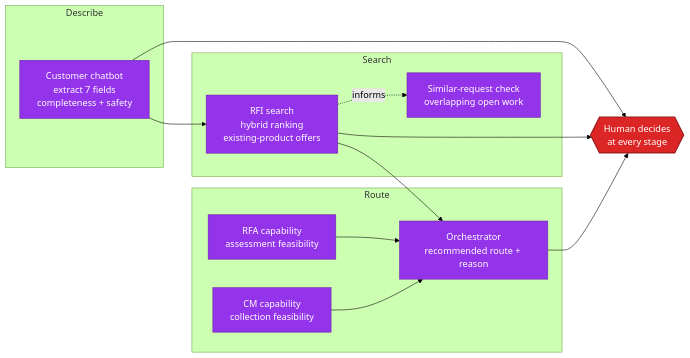
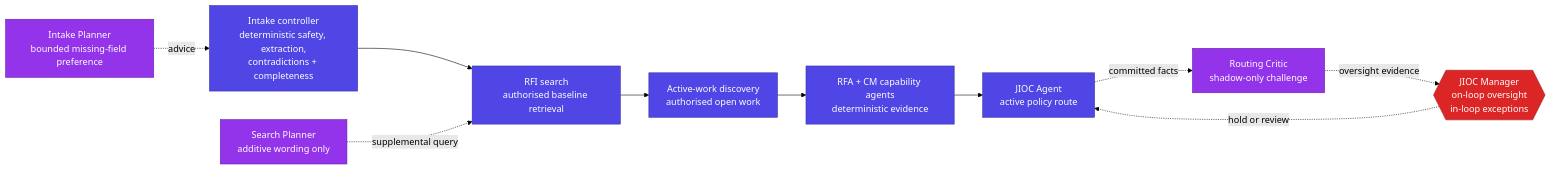
One commit to ShabalalaWATP/Coeus changed the third of 3 diagrams in docs/ARCHITECTURE_WORKFLOW.md. Above: the diagram before and after it, drawn with Mermaid (forest theme). The commit also changed other lines of this file and 554 other files, not shown here.

````diff
--- a/docs/ARCHITECTURE_WORKFLOW.md
+++ b/docs/ARCHITECTURE_WORKFLOW.md
@@ -119,30 +143,24 @@
 ```mermaid
 flowchart LR
-    subgraph stage1["Describe"]
-        CB["Customer chatbot<br/>extract 7 fields<br/>completeness + safety"]
-    end
-    subgraph stage2["Search"]
-        RFI["RFI search<br/>hybrid ranking<br/>existing-product offers"]
-        SIM["Similar-request check<br/>overlapping open work"]
-    end
-    subgraph stage3["Route"]
-        RFACAP["RFA capability<br/>assessment feasibility"]
-        CMCAP["CM capability<br/>collection feasibility"]
-        ORCH["Orchestrator<br/>recommended route + reason"]
-    end
+    IN["Intake controller<br/>deterministic safety, extraction,<br/>contradictions + completeness"]
+    IP["Intake Planner<br/>bounded missing-field preference"]
+    RFI["RFI search<br/>authorised baseline retrieval"]
+    SP["Search Planner<br/>additive wording only"]
+    AW["Active-work discovery<br/>authorised open work"]
+    CAP["RFA + CM capability agents<br/>deterministic evidence"]
+    JIOC["JIOC Agent<br/>active policy route"]
+    CRIT["Routing Critic<br/>shadow-only challenge"]
+    JM{{"JIOC Manager<br/>on-loop oversight<br/>in-loop exceptions"}}
 
-    CB --> RFI --> ORCH
-    RFI -. informs .-> SIM
-    RFACAP --> ORCH
-    CMCAP --> ORCH
+    IP -. advice .-> IN --> RFI
+    SP -. supplemental query .-> RFI --> AW --> CAP --> JIOC
+    JIOC -. committed facts .-> CRIT -. oversight evidence .-> JM
+    JM -. hold or review .-> JIOC
 
-    HUMAN{{"Human decides<br/>at every stage"}}
-    CB --> HUMAN
-    RFI --> HUMAN
-    ORCH --> HUMAN
-
-    classDef ai fill:#9333ea,stroke:#6b21a8,color:#fff,stroke-width:1px
-    classDef human fill:#dc2626,stroke:#991b1b,color:#fff,stroke-width:2px
-    class CB,RFI,SIM,RFACAP,CMCAP,ORCH ai
-    class HUMAN human
+    classDef det fill:#4f46e5,stroke:#3730a3,color:#fff
+    classDef model fill:#9333ea,stroke:#6b21a8,color:#fff
+    classDef human fill:#dc2626,stroke:#991b1b,color:#fff
+    class IN,RFI,AW,CAP,JIOC det
+    class IP,SP,CRIT model
+    class JM human
 ```
````
